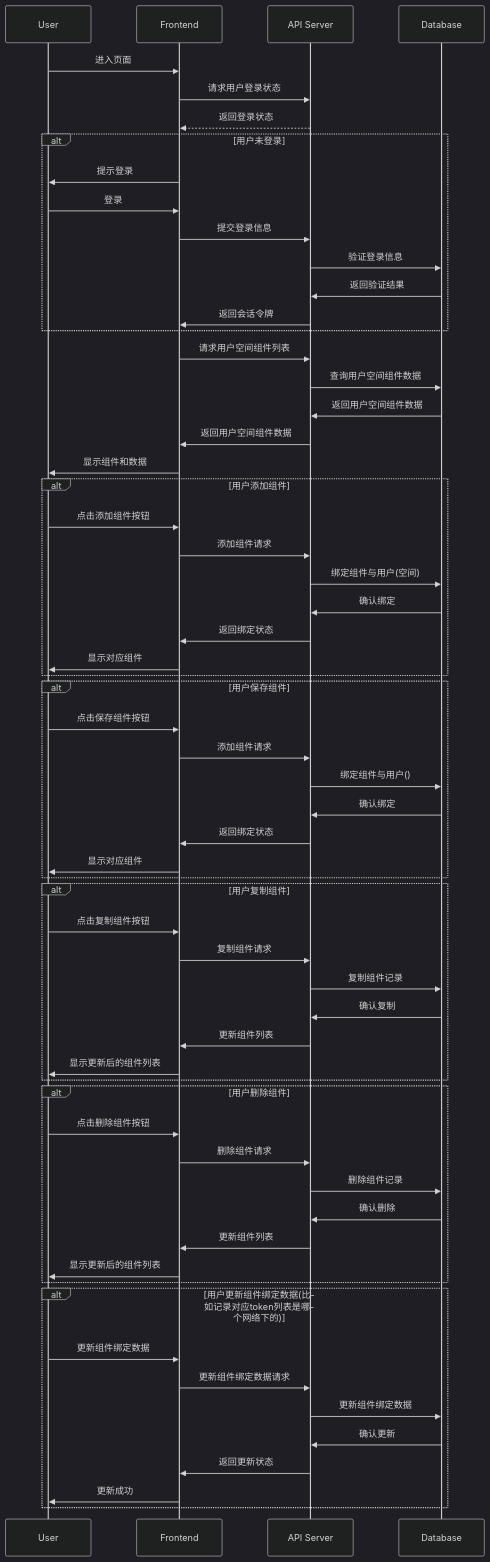
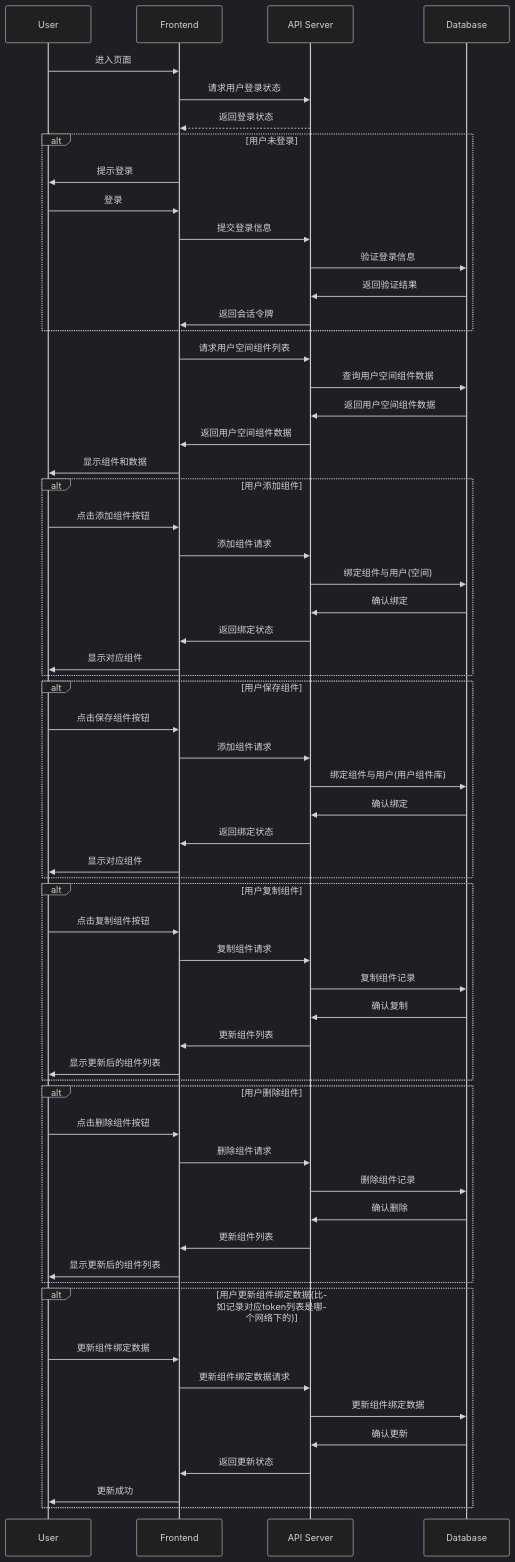
The diagram in all/未命名-7.md (yingjianzh/iodraw-files), drawn with Mermaid (dark theme) before and after one commit.

Commit message:
2024-10-09 10:34:11 update

````diff
--- a/all/未命名-7.md
+++ b/all/未命名-7.md
@@ -1,71 +1,71 @@
 ```mermaid
 sequenceDiagram
     participant User
     participant Frontend
     participant API Server
     participant Database
 
     User->>Frontend: 进入页面
     Frontend->>API Server: 请求用户登录状态
     API Server-->>Frontend: 返回登录状态
     alt 用户未登录
         Frontend->>User: 提示登录
         User->>Frontend: 登录
         Frontend->>API Server: 提交登录信息
         API Server->>Database: 验证登录信息
         Database->>API Server: 返回验证结果
         API Server->>Frontend: 返回会话令牌
     end
 
     Frontend->>API Server: 请求用户空间组件列表
     API Server->>Database: 查询用户空间组件数据
     Database->>API Server: 返回用户空间组件数据
     API Server->>Frontend: 返回用户空间组件数据
     Frontend->>User: 显示组件和数据
 
     alt 用户添加组件
         User->>Frontend: 点击添加组件按钮
         Frontend->>API Server: 添加组件请求
         API Server->>Database: 绑定组件与用户(空间)
         Database->>API Server: 确认绑定
         API Server->>Frontend: 返回绑定状态
         Frontend->>User: 显示对应组件
     end
 
     alt 用户保存组件
         User->>Frontend: 点击保存组件按钮
         Frontend->>API Server: 添加组件请求
-        API Server->>Database: 绑定组件与用户()
+        API Server->>Database: 绑定组件与用户(用户组件库)
         Database->>API Server: 确认绑定
         API Server->>Frontend: 返回绑定状态
         Frontend->>User: 显示对应组件
     end
 
     alt 用户复制组件
         User->>Frontend: 点击复制组件按钮
         Frontend->>API Server: 复制组件请求
         API Server->>Database: 复制组件记录
         Database->>API Server: 确认复制
         API Server->>Frontend: 更新组件列表
         Frontend->>User: 显示更新后的组件列表
     end
 
     alt 用户删除组件
         User->>Frontend: 点击删除组件按钮
         Frontend->>API Server: 删除组件请求
         API Server->>Database: 删除组件记录
         Database->>API Server: 确认删除
         API Server->>Frontend: 更新组件列表
         Frontend->>User: 显示更新后的组件列表
     end
 
     alt 用户更新组件绑定数据(比如记录对应token列表是哪个网络下的)
         User->>Frontend: 更新组件绑定数据
         Frontend->>API Server: 更新组件绑定数据请求
         API Server->>Database: 更新组件绑定数据
         Database->>API Server: 确认更新
         API Server->>Frontend: 返回更新状态
         Frontend->>User: 更新成功
     end
 
 ```
````
